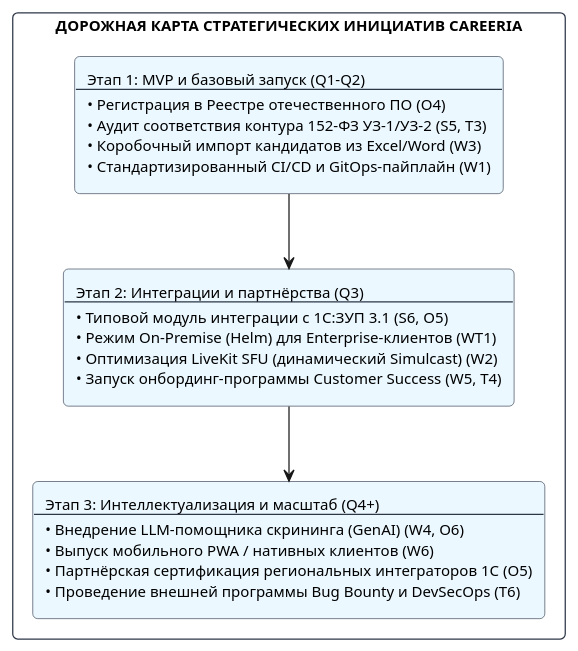
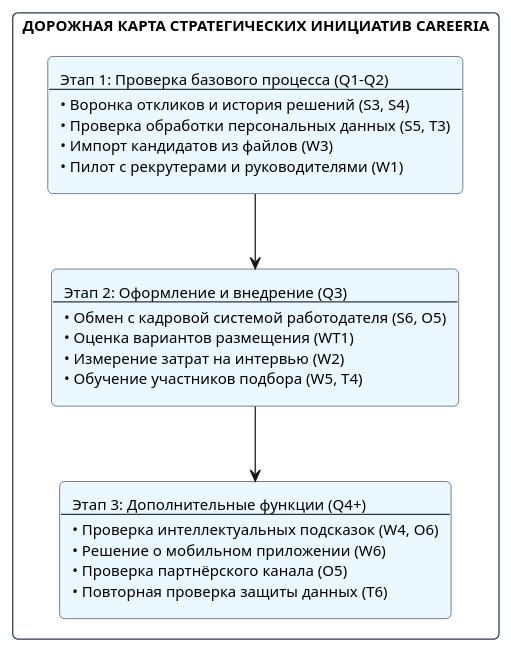
Before and after one commit to krackl1n/careeria: the fourth of 4 diagrams in docs/project/01-general/03-swot-analysis.md, drawn with PlantUML. The commit also changed other lines of this file and 37 other files, not shown here.

````diff
--- a/docs/project/01-general/03-swot-analysis.md
+++ b/docs/project/01-general/03-swot-analysis.md
@@ -283,20 +285,20 @@
 ```plantuml
 @startuml
 skinparam rectangle {
   BackgroundColor White
   BorderColor #2D3748
   RoundCorner 8
   FontName Arial
   FontSize 12
 }
 
 rectangle "ДОРОЖНАЯ КАРТА СТРАТЕГИЧЕСКИХ ИНИЦИАТИВ CAREERIA" as Roadmap {
-  rectangle "Этап 1: MVP и базовый запуск (Q1-Q2)\n---\n• Регистрация в Реестре отечественного ПО (O4)\n• Аудит соответствия контура 152-ФЗ УЗ-1/УЗ-2 (S5, T3)\n• Коробочный импорт кандидатов из Excel/Word (W3)\n• Стандартизированный CI/CD и GitOps-пайплайн (W1)" as Phase1 #EBF8FF
-  rectangle "Этап 2: Интеграции и партнёрства (Q3)\n---\n• Типовой модуль интеграции с 1С:ЗУП 3.1 (S6, O5)\n• Режим On-Premise (Helm) для Enterprise-клиентов (WT1)\n• Оптимизация LiveKit SFU (динамический Simulcast) (W2)\n• Запуск онбординг-программы Customer Success (W5, T4)" as Phase2 #EBF8FF
-  rectangle "Этап 3: Интеллектуализация и масштаб (Q4+)\n---\n• Внедрение LLM-помощника скрининга (GenAI) (W4, O6)\n• Выпуск мобильного PWA / нативных клиентов (W6)\n• Партнёрская сертификация региональных интеграторов 1С (O5)\n• Проведение внешней программы Bug Bounty и DevSecOps (T6)" as Phase3 #EBF8FF
+  rectangle "Этап 1: Проверка базового процесса (Q1-Q2)\n---\n• Воронка откликов и история решений (S3, S4)\n• Проверка обработки персональных данных (S5, T3)\n• Импорт кандидатов из файлов (W3)\n• Пилот с рекрутерами и руководителями (W1)" as Phase1 #EBF8FF
+  rectangle "Этап 2: Оформление и внедрение (Q3)\n---\n• Обмен с кадровой системой работодателя (S6, O5)\n• Оценка вариантов размещения (WT1)\n• Измерение затрат на интервью (W2)\n• Обучение участников подбора (W5, T4)" as Phase2 #EBF8FF
+  rectangle "Этап 3: Дополнительные функции (Q4+)\n---\n• Проверка интеллектуальных подсказок (W4, O6)\n• Решение о мобильном приложении (W6)\n• Проверка партнёрского канала (O5)\n• Повторная проверка защиты данных (T6)" as Phase3 #EBF8FF
 }
 
 Phase1 -down-> Phase2
 Phase2 -down-> Phase3
 @enduml
 ```
````
